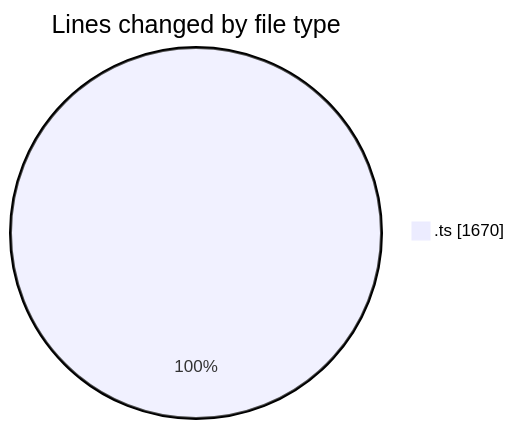
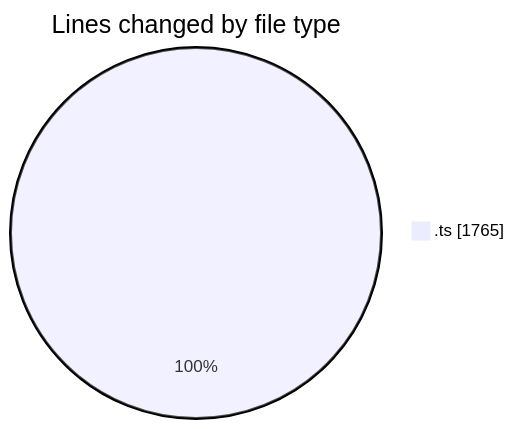
Before and after one commit to momahboobian/code-tracking: the first of 2 diagrams in 2025-08-22/cda/README.md, drawn with Mermaid. The commit also changed other lines of this file and 1 other file, not shown here.

````diff
--- a/2025-08-22/cda/README.md
+++ b/2025-08-22/cda/README.md
@@ -22,5 +22,5 @@
 ```mermaid
 pie showData
 title Lines changed by file type
-".ts" : 1670
+".ts" : 1765
 ```
````
